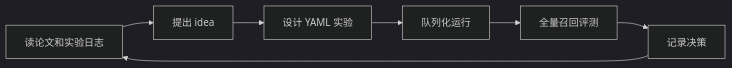
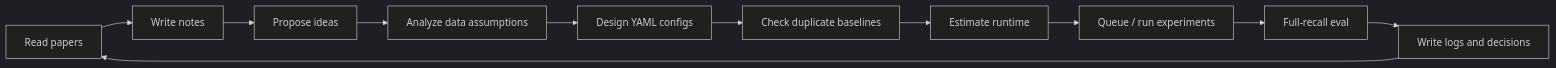
The first of 2 diagrams in README.zh.md (yzq986/nanoGenRec), drawn with Mermaid (dark theme) before and after one commit. The commit also changed other lines of this file and 1 other file, not shown here.

````diff
--- a/README.zh.md
+++ b/README.zh.md
@@ -21,9 +36,13 @@
 ```mermaid
 graph LR
-    A["读论文和实验日志"] --> B["提出 idea"]
-    B --> C["设计 YAML 实验"]
-    C --> D["队列化运行"]
-    D --> E["全量召回评测"]
-    E --> F["记录决策"]
-    F --> A
+    A["Read papers"] --> B["Write notes"]
+    B --> C["Propose ideas"]
+    C --> D["Analyze data assumptions"]
+    D --> E["Design YAML configs"]
+    E --> F["Check duplicate baselines"]
+    F --> G["Estimate runtime"]
+    G --> H["Queue / run experiments"]
+    H --> I["Full-recall eval"]
+    I --> J["Write logs and decisions"]
+    J --> A
 ```
````
